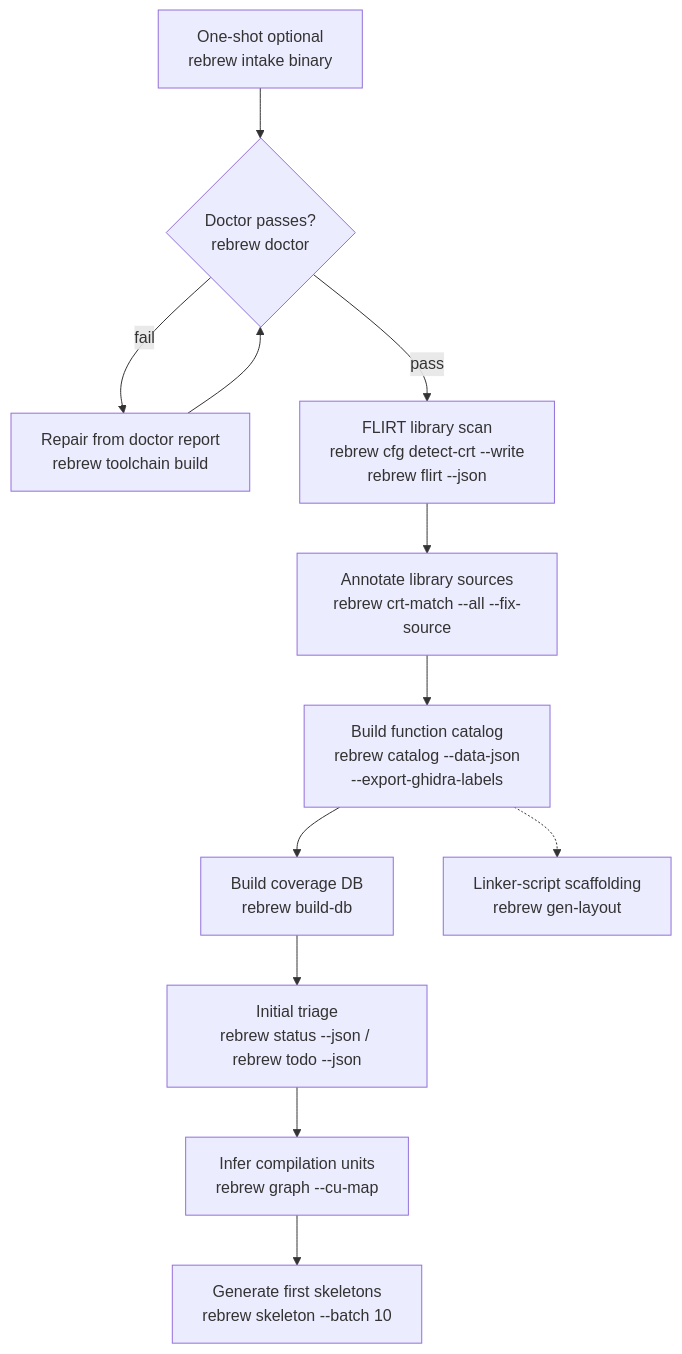
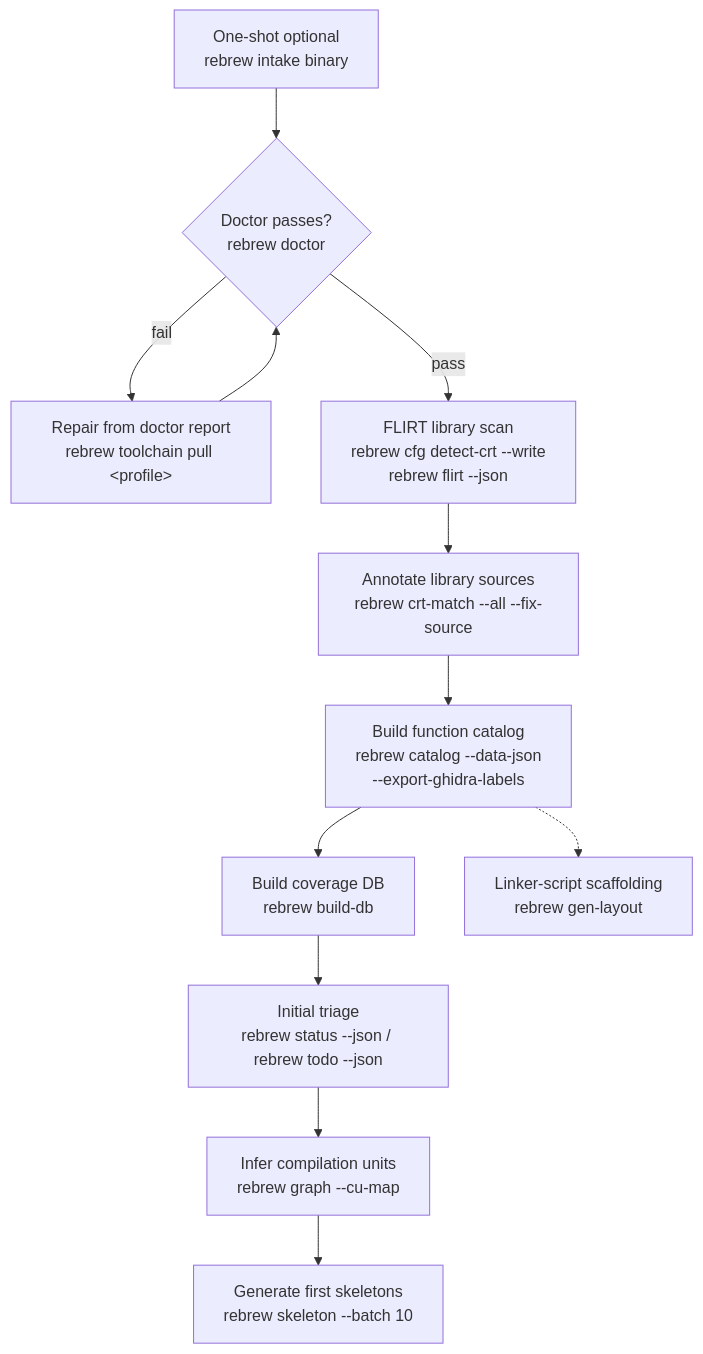
One commit to maci0/rebrew changed the diagram in .agents/skills/rebrew-intake/SKILL.md. Above: the diagram before and after it, drawn with Mermaid. The commit also changed other lines of this file and 5 other files, not shown here.

````diff
--- a/.agents/skills/rebrew-intake/SKILL.md
+++ b/.agents/skills/rebrew-intake/SKILL.md
@@ -16,14 +16,14 @@
 ```mermaid
 graph TD
     OneShot[One-shot optional<br/>rebrew intake binary] --> Doctor
-    Doctor{Doctor passes?<br/>rebrew doctor} -->|fail| Fix[Repair from doctor report<br/>rebrew toolchain build <profile>]
+    Doctor{Doctor passes?<br/>rebrew doctor} -->|fail| Fix[Repair from doctor report<br/>rebrew toolchain pull &lt;profile&gt;]
     Fix --> Doctor
     Doctor -->|pass| Flirt[FLIRT library scan<br/>rebrew cfg detect-crt --write<br/>rebrew flirt --json]
     Flirt --> CrtMatch[Annotate library sources<br/>rebrew crt-match --all --fix-source]
     CrtMatch --> Catalog[Build function catalog<br/>rebrew catalog --data-json<br/>--export-ghidra-labels]
     Catalog --> BuildDb[Build coverage DB<br/>rebrew build-db]
     BuildDb --> Triage[Initial triage<br/>rebrew status --json / rebrew todo --json]
     Triage --> CuMap[Infer compilation units<br/>rebrew graph --cu-map]
     CuMap --> Skeleton[Generate first skeletons<br/>rebrew skeleton --batch 10]
     Catalog -.-> Layout[Linker-script scaffolding<br/>rebrew gen-layout]
 ```
````
